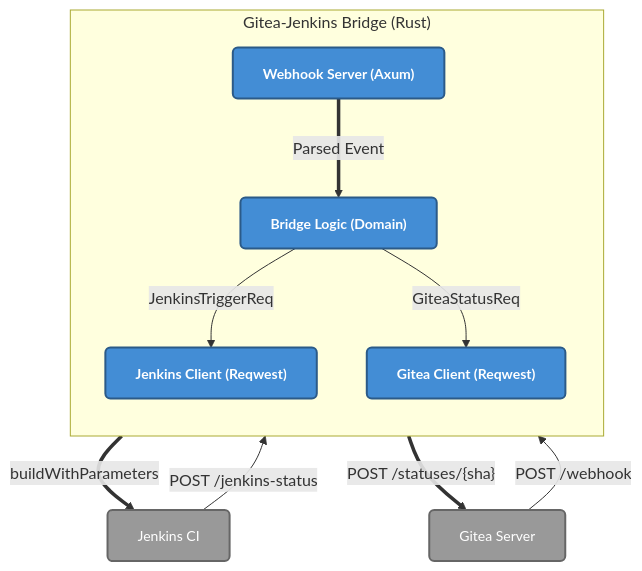
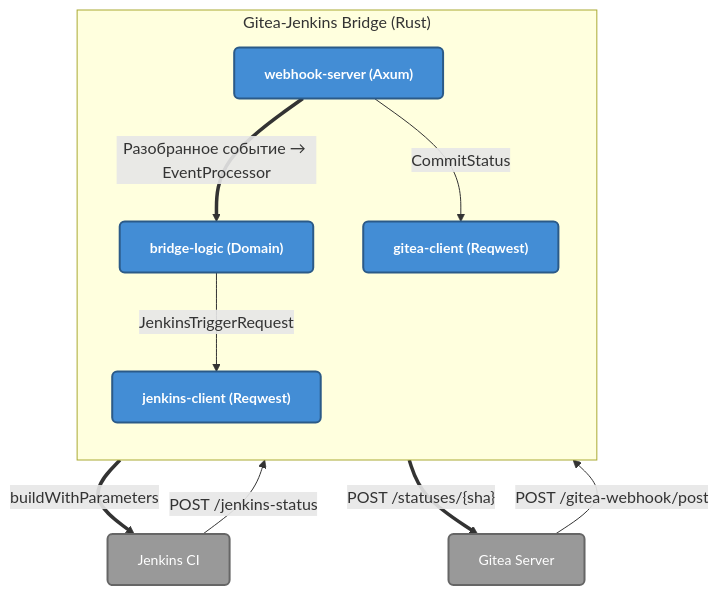
One commit to kk7453603/GiteaPlugin-rs changed the second of 3 diagrams in docs/C4_ARCHITECTURE.md. Above: the diagram before and after it, drawn with Mermaid. The commit also changed other lines of this file and 19 other files, not shown here.

````diff
--- a/docs/C4_ARCHITECTURE.md
+++ b/docs/C4_ARCHITECTURE.md
@@ -32,26 +32,26 @@
 ```mermaid
 graph TD
     classDef external fill:#999999,color:#fff,stroke:#666666,stroke-width:2px,rx:5,ry:5,font-size:14px;
     classDef container fill:#438DD5,color:#fff,stroke:#2b5a88,stroke-width:2px,rx:5,ry:5,font-weight:bold,font-size:14px;
 
     gitea["Gitea Server"]:::external
     jenkins["Jenkins CI"]:::external
 
     subgraph "Gitea-Jenkins Bridge (Rust)"
         direction TB
-        webhook["Webhook Server (Axum)"]:::container
-        logic["Bridge Logic (Domain)"]:::container
-        client_j["Jenkins Client (Reqwest)"]:::container
-        client_g["Gitea Client (Reqwest)"]:::container
+        webhook["webhook-server (Axum)"]:::container
+        logic["bridge-logic (Domain)"]:::container
+        client_j["jenkins-client (Reqwest)"]:::container
+        client_g["gitea-client (Reqwest)"]:::container
         
-        webhook ==>|"Parsed Event"| logic
-        logic -->|"JenkinsTriggerReq"| client_j
-        logic -->|"GiteaStatusReq"| client_g
+        webhook ==>|"Разобранное событие → EventProcessor"| logic
+        logic -->|"JenkinsTriggerRequest"| client_j
+        webhook -->|"CommitStatus"| client_g
     end
 
-    gitea -->|"POST /webhook"| webhook
+    gitea -->|"POST /gitea-webhook/post"| webhook
     jenkins -->|"POST /jenkins-status"| webhook
     
     client_j ==>|"buildWithParameters"| jenkins
     client_g ==>|"POST /statuses/{sha}"| gitea
 ```
````
